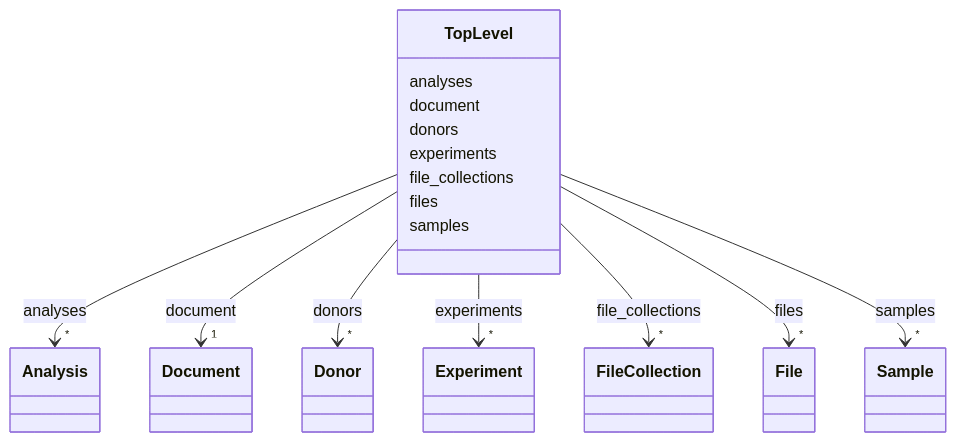
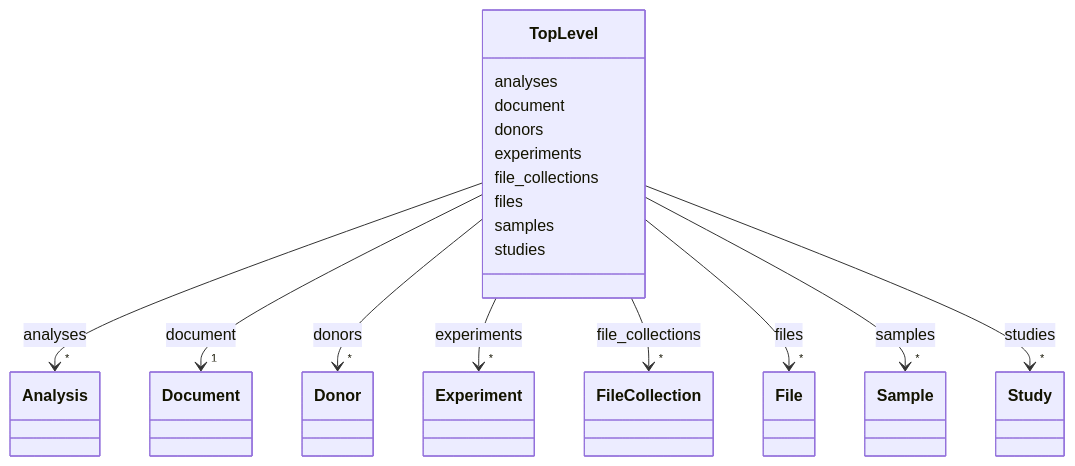
Before and after one commit to fairtracks/fga-wg: the diagram in docs/TopLevel.md, drawn with Mermaid. The commit also changed other lines of this file and 20 other files, not shown here.

Commit message:
Add missing "studies" to TopLevel and rename filecollection_contact

````diff
--- a/docs/TopLevel.md
+++ b/docs/TopLevel.md
@@ -101,5 +101,16 @@
     
 
         
+      TopLevel : studies
+        
+          
+    
+        
+        
+        TopLevel --> "*" Study : studies
+        click Study href "../Study/"
+    
+
+        
       
 ```
````
